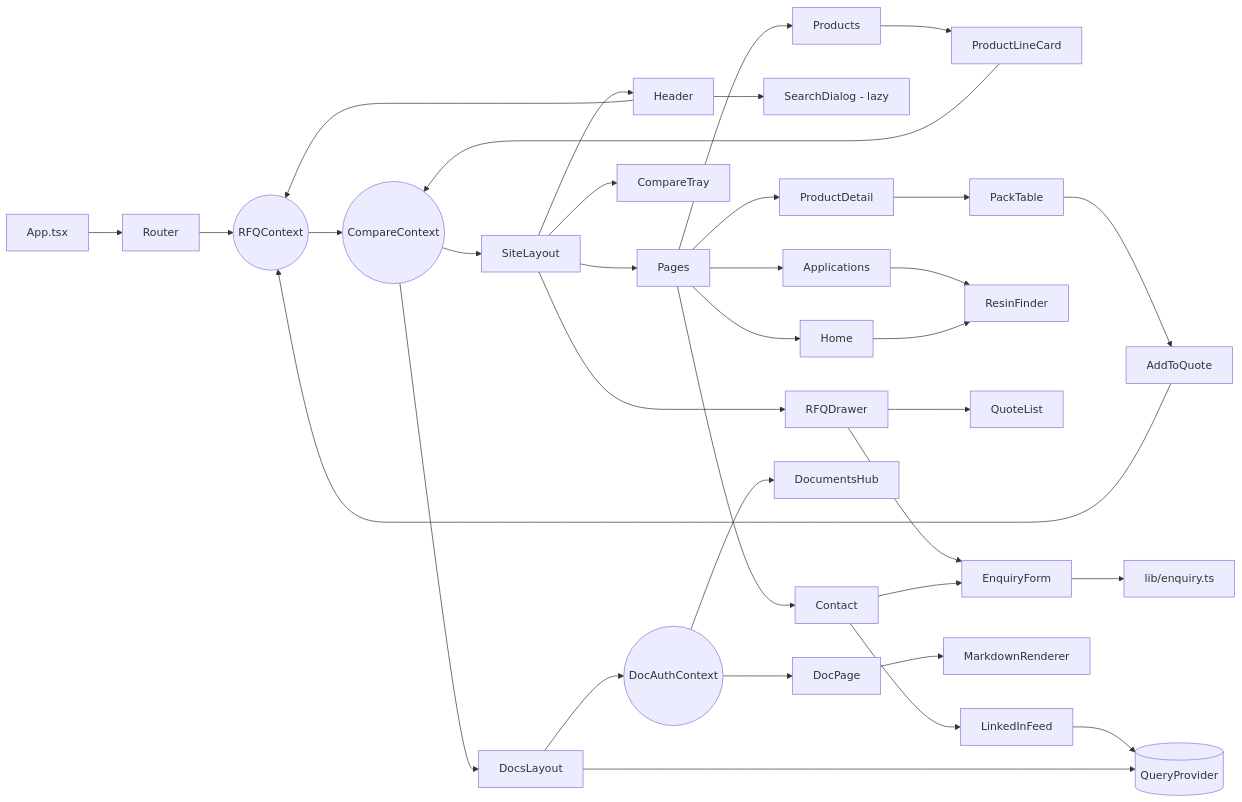
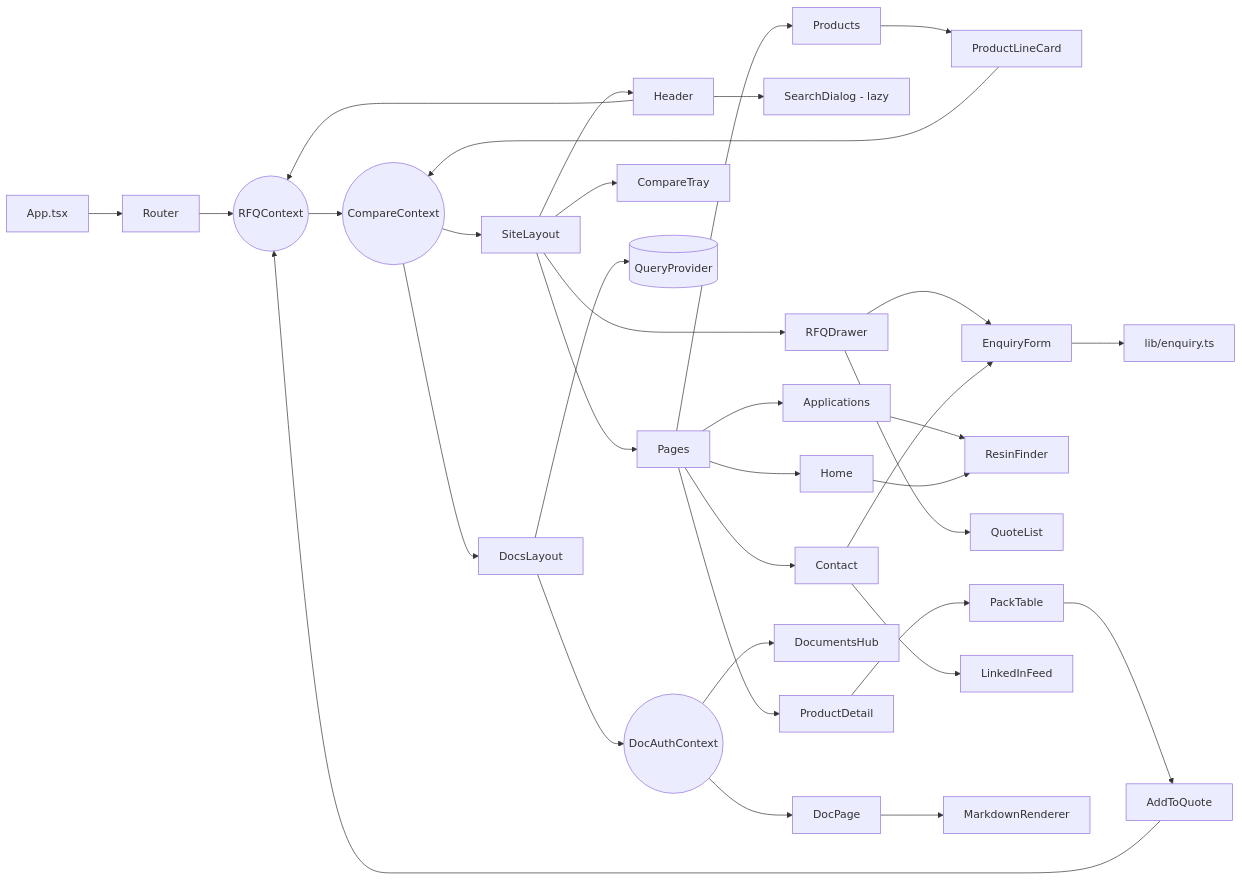
The diagram in docs/COMPONENT_TREE.md (arka97/protpure-catalog), drawn with Mermaid before and after one commit. The commit also changed other lines of this file and 15 other files, not shown here.

````diff
--- a/docs/COMPONENT_TREE.md
+++ b/docs/COMPONENT_TREE.md
@@ -95,37 +95,36 @@
 ```mermaid
 graph LR
     App[App.tsx] --> Router[Router]
     Router --> RFQ((RFQContext))
     RFQ --> CMP((CompareContext))
     CMP --> Layout[SiteLayout]
     CMP --> Docs[DocsLayout]
     Layout --> Header
     Layout --> Outlet[Pages]
     Layout --> Drawer[RFQDrawer]
     Layout --> Tray[CompareTray]
     Header --> Search[SearchDialog - lazy]
     Header --> RFQ
     Outlet --> Home
     Outlet --> Products
     Outlet --> Detail[ProductDetail]
     Outlet --> Apps[Applications]
     Outlet --> Contact
     Products --> Card[ProductLineCard]
     Card --> CMP
     Detail --> Pack[PackTable]
     Pack --> Add[AddToQuote]
     Add --> RFQ
     Apps --> Finder[ResinFinder]
     Home --> Finder
     Drawer --> List[QuoteList]
     Drawer --> Form[EnquiryForm]
     Contact --> Form
     Form --> Enquiry[lib/enquiry.ts]
     Contact --> LI[LinkedInFeed]
-    LI --> QC[(QueryProvider)]
-    Docs --> QC
+    Docs --> QC[(QueryProvider)]
     Docs --> DA((DocAuthContext))
     DA --> Hub[DocumentsHub]
     DA --> Page[DocPage]
     Page --> MD[MarkdownRenderer]
 ```
````
